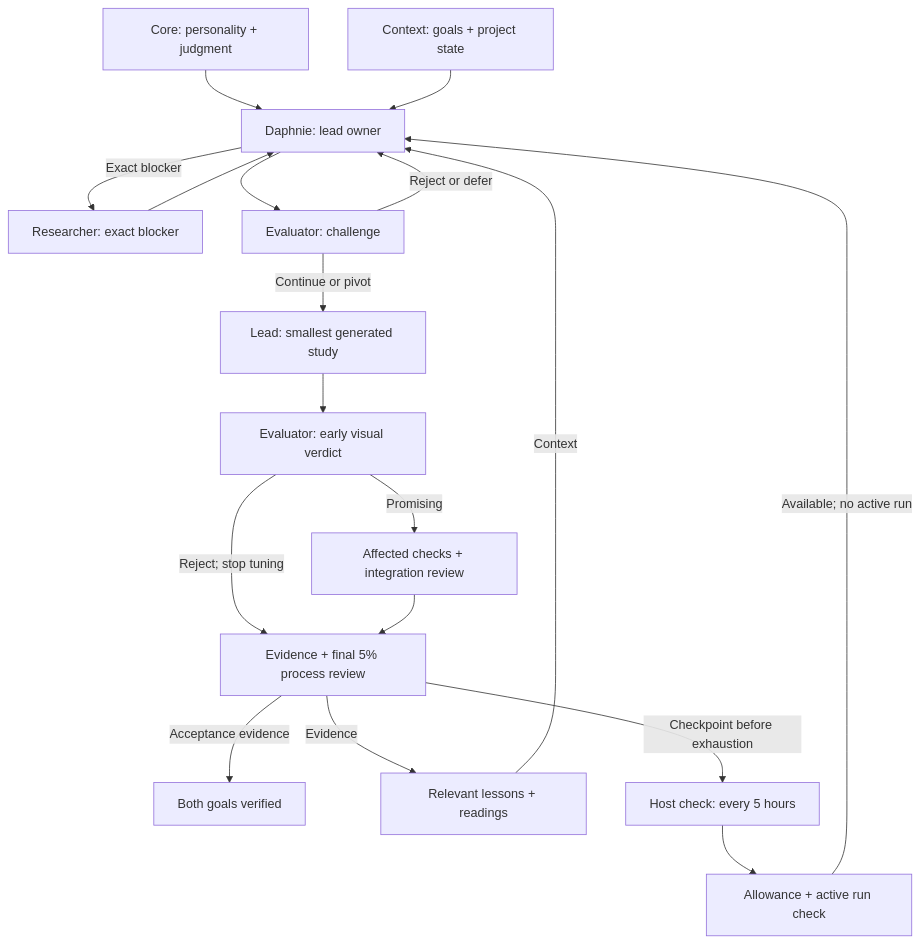
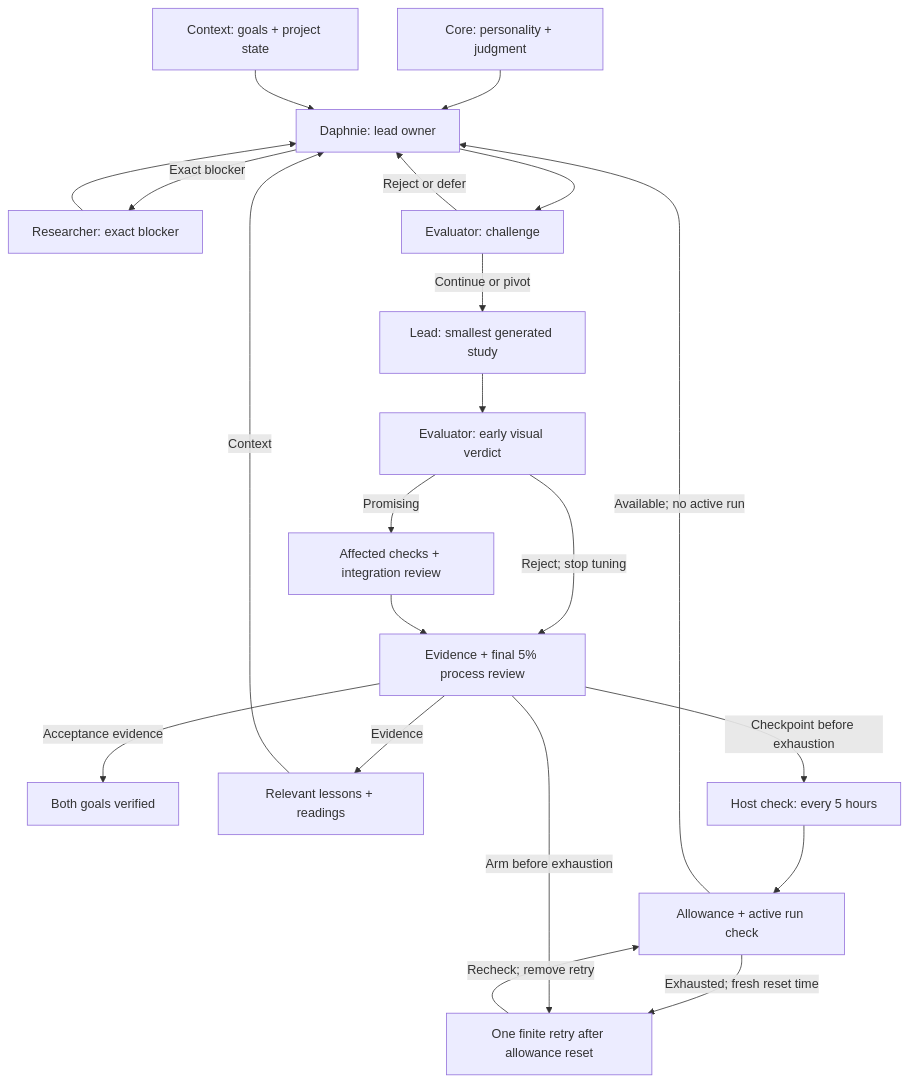
Before and after one commit to akaiyol/the-great-wave-of-kanagawa: the diagram in README.md, drawn with Mermaid. The commit also changed other lines of this file and 15 other files, not shown here.

Commit message:
Fix early allowance checks with finite reset retries

````diff
--- a/README.md
+++ b/README.md
@@ -18,33 +18,37 @@
 ```mermaid
 flowchart TD
   n_Core["Core: personality + judgment"]
   n_Goals["Context: goals + project state"]
   n_Lead["Daphnie: lead owner"]
   n_Research["Researcher: exact blocker"]
   n_Strategy["Evaluator: challenge"]
   n_Build["Lead: smallest generated study"]
   n_Visual["Evaluator: early visual verdict"]
   n_Process["Evidence + final 5% process review"]
   n_Integrity["Affected checks + integration review"]
   n_Result["Both goals verified"]
   n_Learning["Relevant lessons + readings"]
   n_Runtime["Host check: every 5 hours"]
   n_Checkpoint["Allowance + active run check"]
+  n_ResetRetry["One finite retry after allowance reset"]
   n_Core --> n_Lead
   n_Goals --> n_Lead
   n_Lead -->|"Exact blocker"| n_Research
   n_Research --> n_Lead
   n_Lead --> n_Strategy
   n_Strategy -->|"Continue or pivot"| n_Build
   n_Strategy -->|"Reject or defer"| n_Lead
   n_Build --> n_Visual
   n_Process -->|"Evidence"| n_Learning
   n_Process -->|"Acceptance evidence"| n_Result
   n_Learning -->|"Context"| n_Lead
   n_Visual -->|"Promising"| n_Integrity
   n_Visual -->|"Reject; stop tuning"| n_Process
   n_Integrity --> n_Process
   n_Runtime --> n_Checkpoint
   n_Checkpoint -->|"Available; no active run"| n_Lead
   n_Process -->|"Checkpoint before exhaustion"| n_Runtime
+  n_Checkpoint -->|"Exhausted; fresh reset time"| n_ResetRetry
+  n_Process -->|"Arm before exhaustion"| n_ResetRetry
+  n_ResetRetry -->|"Recheck; remove retry"| n_Checkpoint
 ```
````
